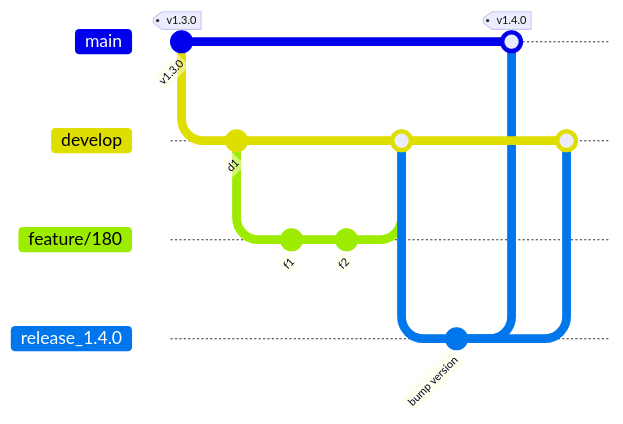
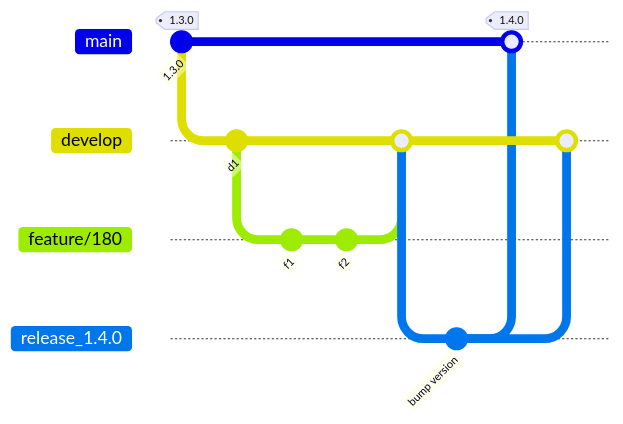
The second of 2 diagrams in modules/ROOT/pages/git-and-github/branches.adoc (albertoirurueta/docs), drawn with Mermaid before and after one commit. The commit also changed other lines of this file and 11 other files, not shown here.

```diff
--- a/modules/ROOT/pages/git-and-github/branches.adoc
+++ b/modules/ROOT/pages/git-and-github/branches.adoc
@@ -141,21 +141,21 @@
 [mermaid]
 ....
 gitGraph
-  commit id: "v1.3.0" tag: "v1.3.0"
+  commit id: "1.3.0" tag: "1.3.0"
   branch develop
   checkout develop
   commit id: "d1"
   branch feature/180
   checkout feature/180
   commit id: "f1"
   commit id: "f2"
   checkout develop
   merge feature/180
   branch release_1.4.0
   checkout release_1.4.0
   commit id: "bump version"
   checkout main
-  merge release_1.4.0 tag: "v1.4.0"
+  merge release_1.4.0 tag: "1.4.0"
   checkout develop
   merge release_1.4.0
 ....
```
